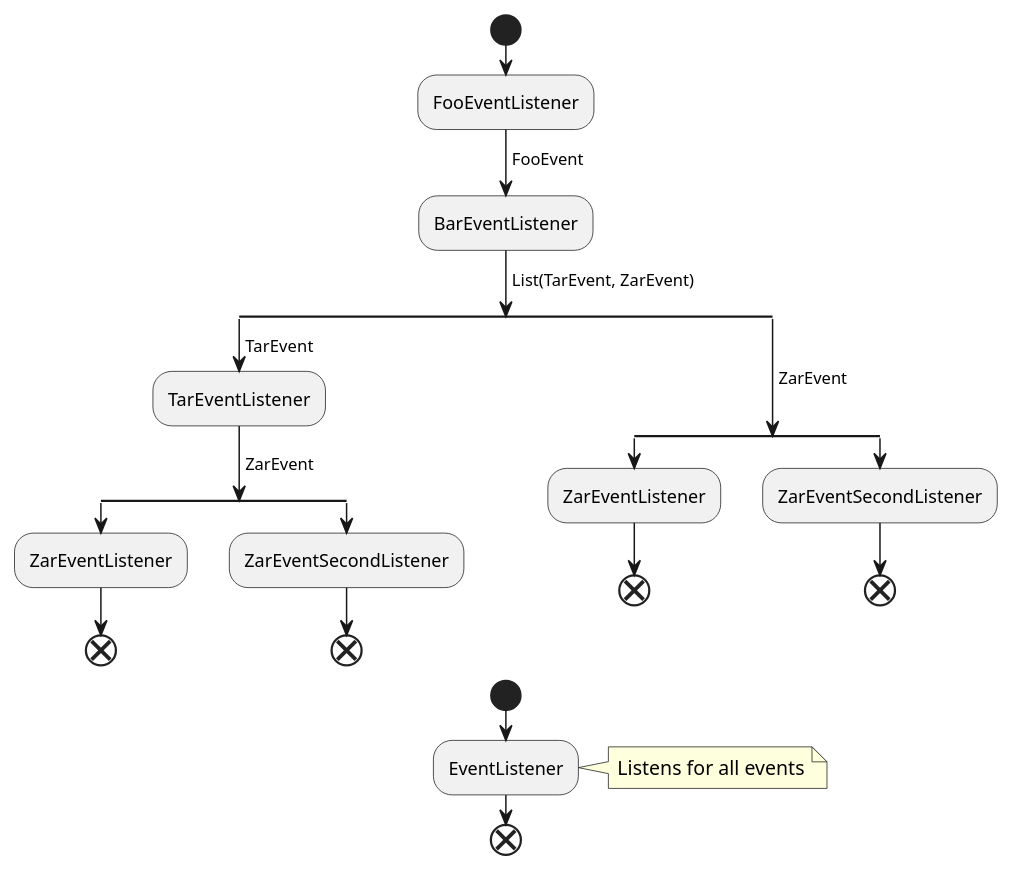
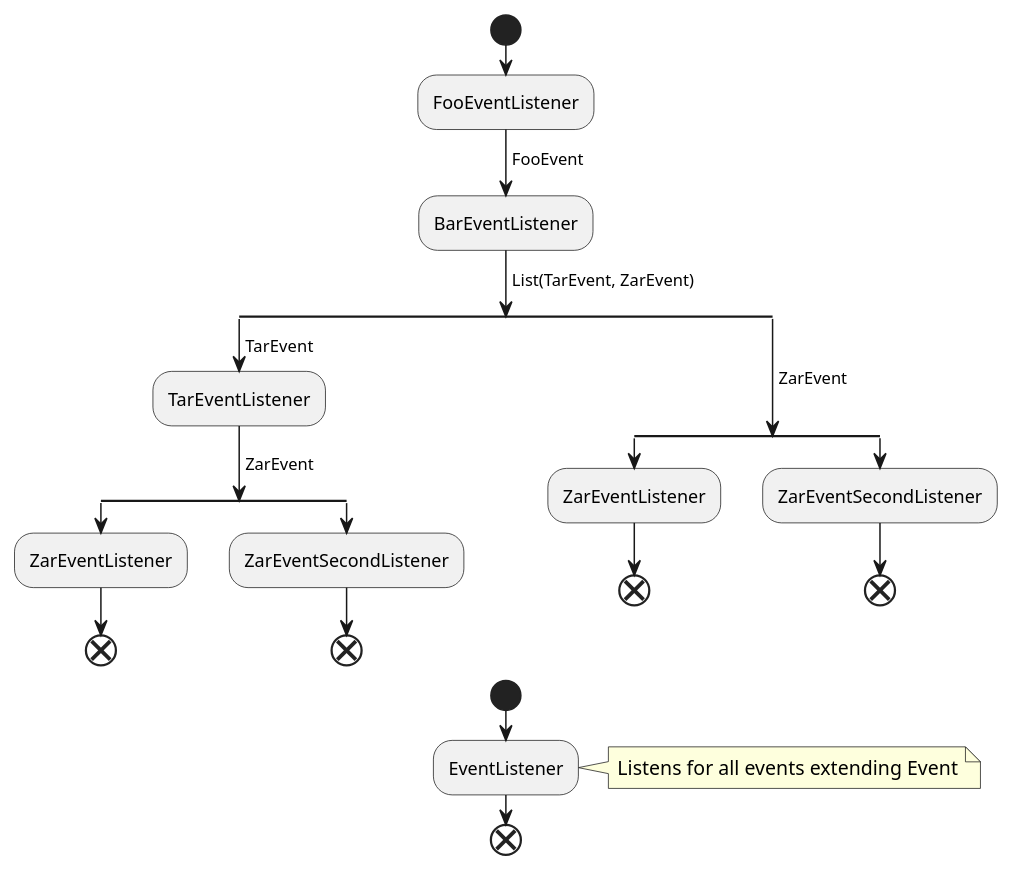
One commit to tomekbielaszewski/spring-event-demo changed the diagram in src/main/resources/event-flow.puml. Above: the diagram before and after it, drawn with PlantUML. The commit also changed 1 other file, not shown here.

Commit message:
clarification for EventListener

```diff
--- a/src/main/resources/event-flow.puml
+++ b/src/main/resources/event-flow.puml
@@ -1,36 +1,36 @@
 @startuml
 
 start
 
 :FooEventListener;
 -> FooEvent;
 :BarEventListener;
 -> List(TarEvent, ZarEvent);
 split
     -> TarEvent;
     :TarEventListener;
     -> ZarEvent;
     split
         :ZarEventListener;
         end
         split again
         :ZarEventSecondListener;
         end
     end split
 split again
     -> ZarEvent;
     split
     :ZarEventListener;
     end
     split again
     :ZarEventSecondListener;
     end
     end split
 end split
 
 start
    :EventListener;
-   note right: Listens for all events
+   note right: Listens for all events extending Event
 end
 
 @enduml
```
